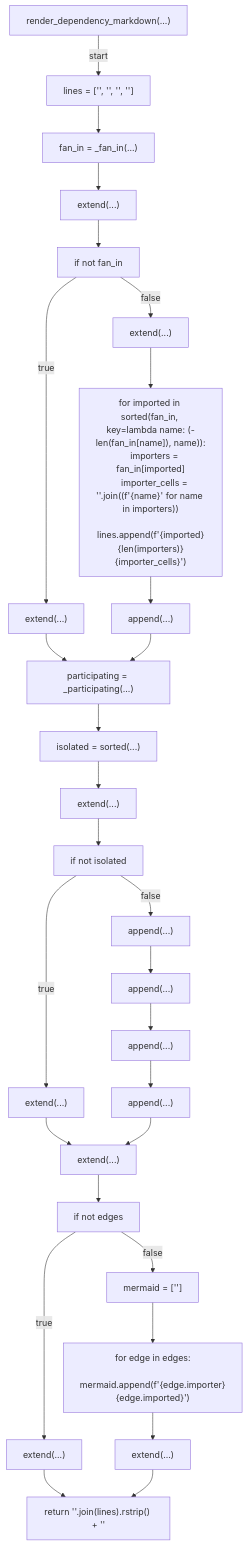
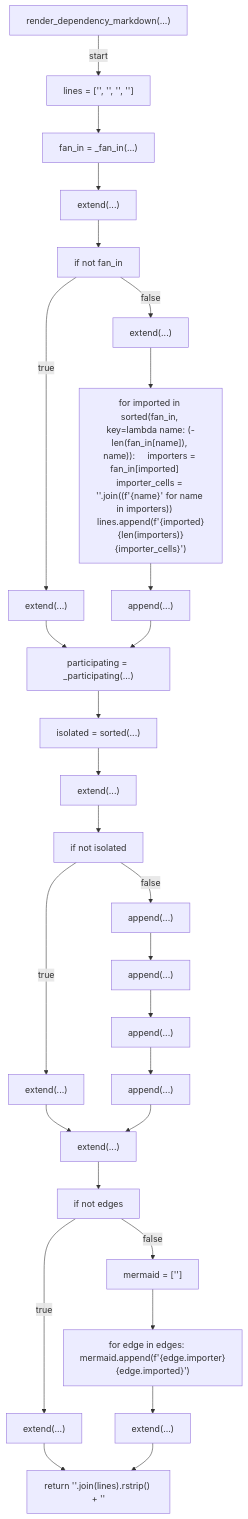
The eighth of 13 diagrams in docs/generated/scripts/ast/script_dependency_graph.md (tvna/claude-md), drawn with Mermaid before and after one commit. The commit also changed other lines of this file and 23 other files, not shown here.

First line of the commit message:
docs(generated): regenerate decision tree and workflow diagrams (batch 4/5)

````diff
--- a/docs/generated/scripts/ast/script_dependency_graph.md
+++ b/docs/generated/scripts/ast/script_dependency_graph.md
@@ -103,59 +94,55 @@
 ```mermaid
 flowchart TD
     N001["render_dependency_markdown(...)"]
     N002["lines = ['<str>', '<str>', '<str>', '<str>']"]
     N003["fan_in = _fan_in(...)"]
     N004["extend(...)"]
     N005["if not fan_in"]
     N006["extend(...)"]
     N007["extend(...)"]
-    N008["for imported in sorted(fan_in, key=lambda name: (-len(fan_in[name]), name)):
-    importers = fan_in[imported]
-    importer_cells = '<str>'.join((f'<str>{name}<str>' for name in importers))
-    lines.append(f'<str>{imported}<str>{len(importers)}<str>{importer_cells}<str>')"]
+    N008["for imported in sorted(fan_in, key=lambda name: (-len(fan_in[name]), name)):     importers = fan_in[imported]     importer_cells = '<str>'.join((f'<str>{name}<str>' for name in importers))     lines.append(f'<str>{imported}<str>{len(importers)}<str>{importer_cells}<str>')"]
     N009["append(...)"]
     N010["participating = _participating(...)"]
     N011["isolated = sorted(...)"]
     N012["extend(...)"]
     N013["if not isolated"]
     N014["extend(...)"]
     N015["append(...)"]
     N016["append(...)"]
     N017["append(...)"]
     N018["append(...)"]
     N019["extend(...)"]
     N020["if not edges"]
     N021["extend(...)"]
     N022["mermaid = ['<str>']"]
-    N023["for edge in edges:
-    mermaid.append(f'<str>{edge.importer}<str>{edge.imported}')"]
+    N023["for edge in edges:     mermaid.append(f'<str>{edge.importer}<str>{edge.imported}')"]
     N024["extend(...)"]
     N025["return '<str>'.join(lines).rstrip() + '<str>'"]
     N001 -->|"start"| N002
     N002 --> N003
     N003 --> N004
     N004 --> N005
     N005 -->|"true"| N006
     N005 -->|"false"| N007
     N007 --> N008
     N008 --> N009
     N006 --> N010
     N009 --> N010
     N010 --> N011
     N011 --> N012
     N012 --> N013
     N013 -->|"true"| N014
     N013 -->|"false"| N015
     N015 --> N016
     N016 --> N017
     N017 --> N018
     N014 --> N019
     N018 --> N019
     N019 --> N020
     N020 -->|"true"| N021
     N020 -->|"false"| N022
     N022 --> N023
     N023 --> N024
     N021 --> N025
     N024 --> N025
 ```
````
